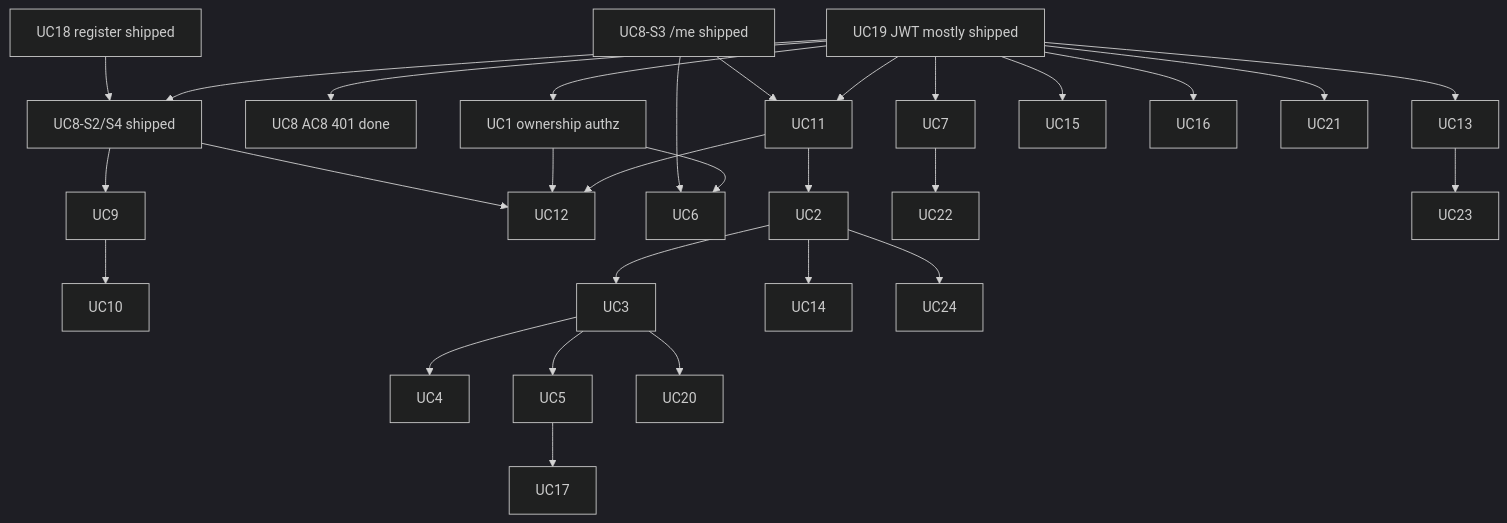
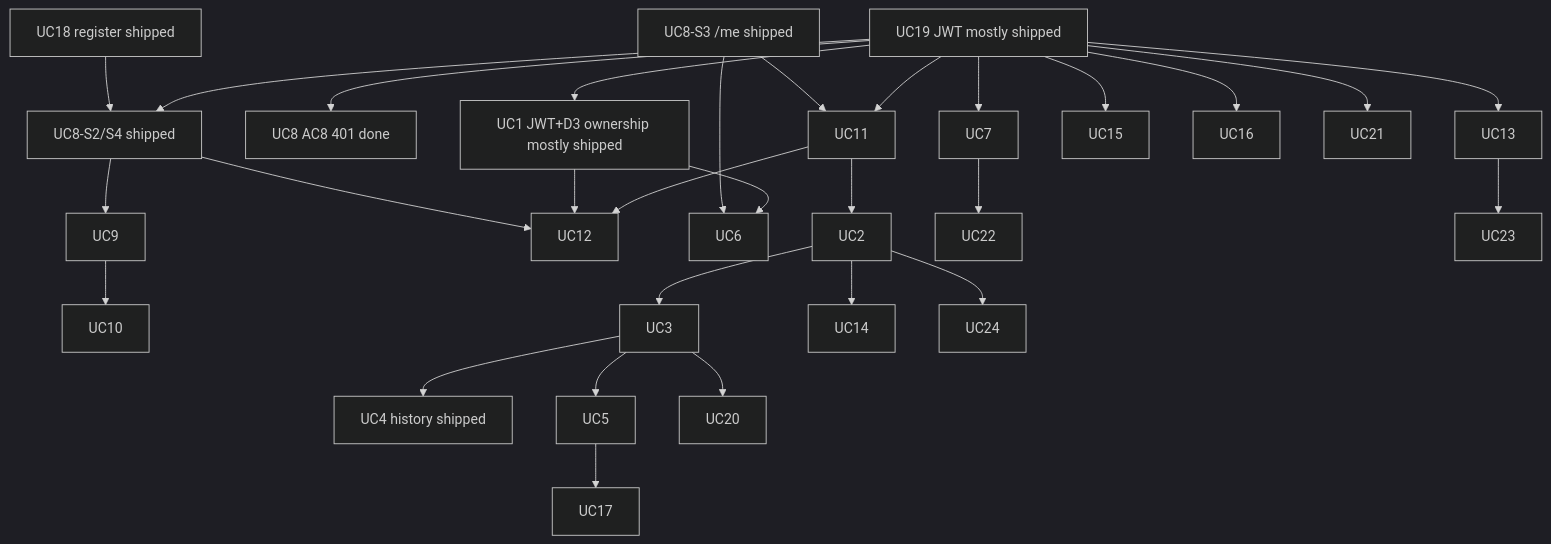
Before and after one commit to CanMakan-Team/CanMakan: the diagram in docs/sprint/sprint2-mvp-epics.md, drawn with Mermaid (dark theme). The commit also changed other lines of this file and 1 other file, not shown here.

````diff
--- a/docs/sprint/sprint2-mvp-epics.md
+++ b/docs/sprint/sprint2-mvp-epics.md
@@ -58,31 +58,31 @@
 ```mermaid
 flowchart TB
   UC18shipped[UC18 register shipped] --> UC8create[UC8-S2/S4 shipped]
   UC19shipped[UC19 JWT mostly shipped] --> UC8auth[UC8 AC8 401 done]
   UC19shipped --> UC8create
   UC8me[UC8-S3 /me shipped] --> UC11
   UC8create --> UC9
   UC9 --> UC10
   UC8create --> UC12
   UC8me --> UC6
   UC19shipped --> UC11
   UC11 --> UC2
   UC2 --> UC3
-  UC3 --> UC4
+  UC3 --> UC4shipped[UC4 history shipped]
   UC3 --> UC5
   UC5 --> UC17
   UC2 --> UC14
   UC2 --> UC24
-  UC19shipped --> UC1authz[UC1 ownership authz]
+  UC19shipped --> UC1authz[UC1 JWT+D3 ownership mostly shipped]
   UC1authz --> UC6
   UC1authz --> UC12
   UC11 --> UC12
   UC7 --> UC22
   UC13 --> UC23
   UC3 --> UC20
   UC19shipped --> UC7
   UC19shipped --> UC13
   UC19shipped --> UC15
   UC19shipped --> UC16
   UC19shipped --> UC21
 ```
````
